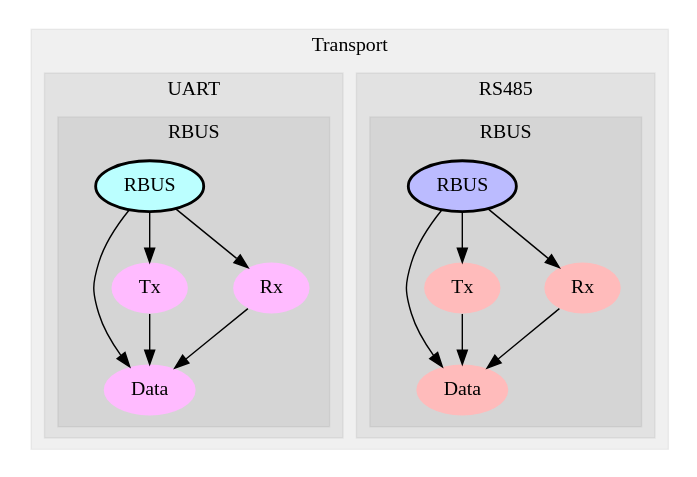
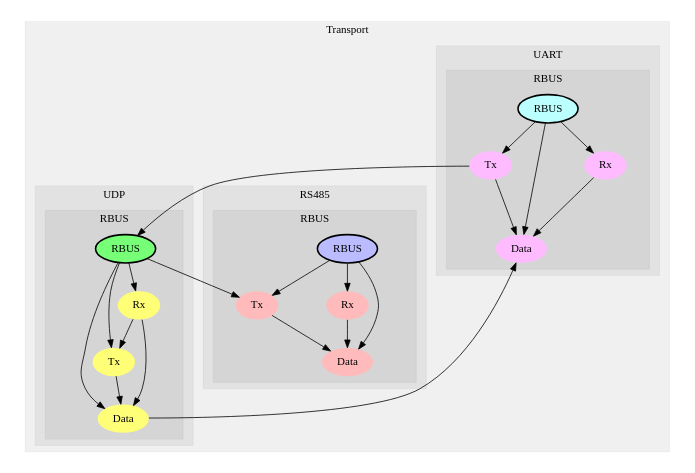
Before and after one commit to gev/reacthome-firmware: the diagram in graph/src/Transport.dot, drawn with Graphviz. The commit also changed 27 other files, not shown here.

Commit message:
update the modules dependencies graph

```diff
--- a/graph/src/Transport.dot
+++ b/graph/src/Transport.dot
@@ -1,53 +1,78 @@
 digraph G {
 size="6,4";
 ratio="fill";
 subgraph cluster_0 {
 label="Transport";
 color="#0000000F";
 style="filled";
 subgraph cluster_1 {
 label="RS485";
 color="#0000000F";
 style="filled";
 subgraph cluster_2 {
 label="RBUS";
 color="#0000000F";
 style="filled";
-u7[label="RBUS",style="filled,bold",fillcolor="#bbbbff"];
-u4[label="Data",style="filled",fillcolor="#ffbbbb",penwidth="0"];
-u5[label="Tx",style="filled",fillcolor="#ffbbbb",penwidth="0"];
-u6[label="Rx",style="filled",fillcolor="#ffbbbb",penwidth="0"];
+u11[label="RBUS",style="filled,bold",fillcolor="#bbbbff"];
+u8[label="Data",style="filled",fillcolor="#ffbbbb",penwidth="0"];
+u9[label="Tx",style="filled",fillcolor="#ffbbbb",penwidth="0"];
+u10[label="Rx",style="filled",fillcolor="#ffbbbb",penwidth="0"];
 
 }
 
 }
 subgraph cluster_3 {
 label="UART";
 color="#0000000F";
 style="filled";
 subgraph cluster_4 {
 label="RBUS";
 color="#0000000F";
 style="filled";
-u3[label="RBUS",style="filled,bold",fillcolor="#bbffff"];
-u0[label="Data",style="filled",fillcolor="#ffbbff",penwidth="0"];
-u1[label="Tx",style="filled",fillcolor="#ffbbff",penwidth="0"];
-u2[label="Rx",style="filled",fillcolor="#ffbbff",penwidth="0"];
+u7[label="RBUS",style="filled,bold",fillcolor="#bbffff"];
+u4[label="Data",style="filled",fillcolor="#ffbbff",penwidth="0"];
+u5[label="Tx",style="filled",fillcolor="#ffbbff",penwidth="0"];
+u6[label="Rx",style="filled",fillcolor="#ffbbff",penwidth="0"];
+
+}
+
+}
+subgraph cluster_5 {
+label="UDP";
+color="#0000000F";
+style="filled";
+subgraph cluster_6 {
+label="RBUS";
+color="#0000000F";
+style="filled";
+u3[label="RBUS",style="filled,bold",fillcolor="#77ff77"];
+u0[label="Data",style="filled",fillcolor="#ffff77",penwidth="0"];
+u1[label="Tx",style="filled",fillcolor="#ffff77",penwidth="0"];
+u2[label="Rx",style="filled",fillcolor="#ffff77",penwidth="0"];
 
 }
 
 }
 
 }
+u0 -> u4;
 u1 -> u0;
 u2 -> u0;
+u2 -> u1;
 u3 -> u0;
 u3 -> u1;
 u3 -> u2;
+u3 -> u9;
+u5 -> u3;
 u5 -> u4;
 u6 -> u4;
 u7 -> u4;
 u7 -> u5;
 u7 -> u6;
+u9 -> u8;
+u10 -> u8;
+u11 -> u8;
+u11 -> u9;
+u11 -> u10;
 
 }
```
